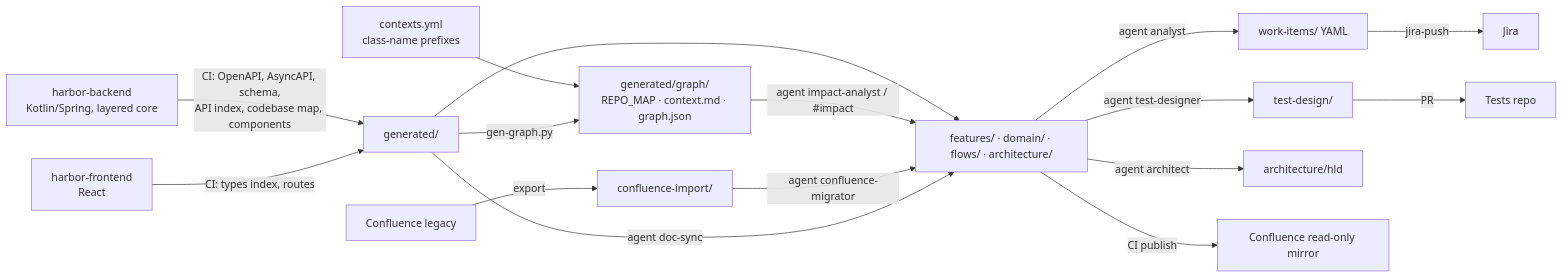
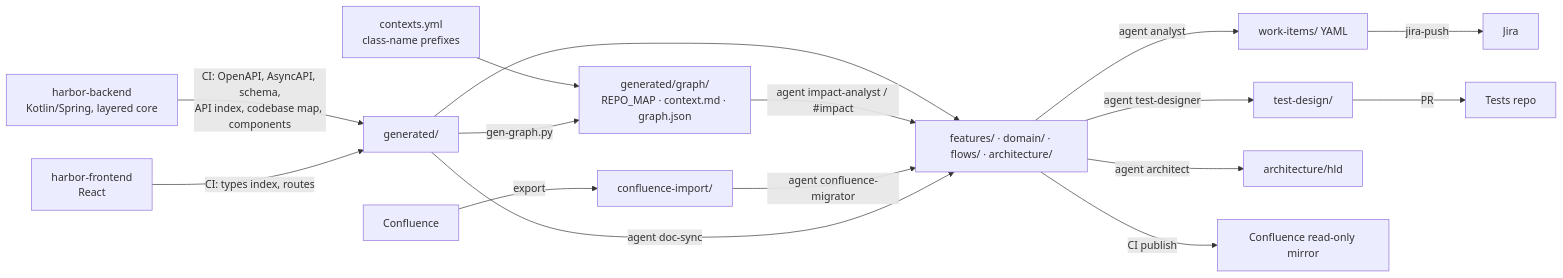
Before and after one commit to NatSjm/investigation: the diagram in docs-repo/README.md, drawn with Mermaid. The commit also changed other lines of this file and 71 other files, not shown here.

````diff
--- a/docs-repo/README.md
+++ b/docs-repo/README.md
@@ -19,16 +19,16 @@
 ```mermaid
 flowchart LR
   BE[harbor-backend<br/>Kotlin/Spring, layered core] -- CI: OpenAPI, AsyncAPI, schema,<br/>API index, codebase map, components --> GEN[generated/]
   FE[harbor-frontend<br/>React] -- CI: types index, routes --> GEN
-  CONF[Confluence legacy] -- export --> IMP[confluence-import/]
+  CONF[Confluence] -- export --> IMP[confluence-import/]
   GEN --> SPEC[features/ · domain/ · flows/ · architecture/]
   CTX[contexts.yml<br/>class-name prefixes] --> GRAPH
   GEN -- gen-graph.py --> GRAPH[generated/graph/<br/>REPO_MAP · context.md · graph.json]
   GRAPH -- agent impact-analyst / #impact --> SPEC
   IMP -- agent confluence-migrator --> SPEC
   GEN -- agent doc-sync --> SPEC
   SPEC -- agent analyst --> WI[work-items/ YAML] -- jira-push --> JIRA[Jira]
   SPEC -- agent test-designer --> TD[test-design/] -- PR --> TESTS[Tests repo]
   SPEC -- agent architect --> HLD[architecture/hld]
   SPEC -- CI publish --> CONF2[Confluence read-only mirror]
 ```
````
